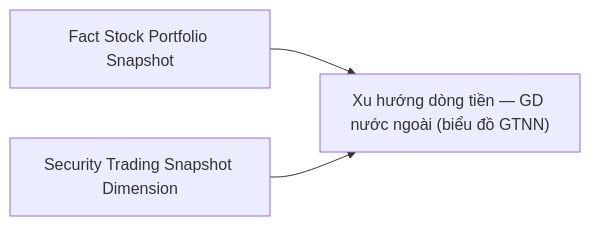
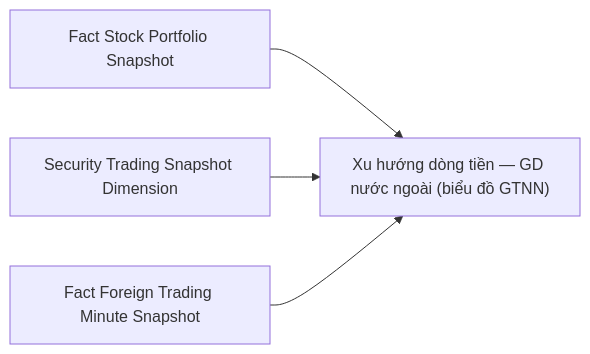
One commit to linhlvit/ubck_atomic_design changed diagram 46 of 59 in Datamart/hld/DTM_GSTT_HLD.md. Above: the diagram before and after it, drawn with Mermaid. The commit also changed other lines of this file and 7 other files, not shown here.

Commit message:
feat(GSTT): resolve O_GSTT_10 va O_GSTT_8, bo sung Fact Foreign Trading Minute va chi tieu tren Fact Stock Portfolio

````diff
--- a/Datamart/hld/DTM_GSTT_HLD.md
+++ b/Datamart/hld/DTM_GSTT_HLD.md
@@ -2347,5 +2399,6 @@
 ```mermaid
 flowchart LR
     F1["Fact Stock Portfolio Snapshot"] --> RPT39["Xu hướng dòng tiền — GD nước ngoài (biểu đồ GTNN)"]
     D1["Security Trading Snapshot Dimension"] --> RPT39
+    F2["Fact Foreign Trading Minute Snapshot"] --> RPT39
 ```
````
